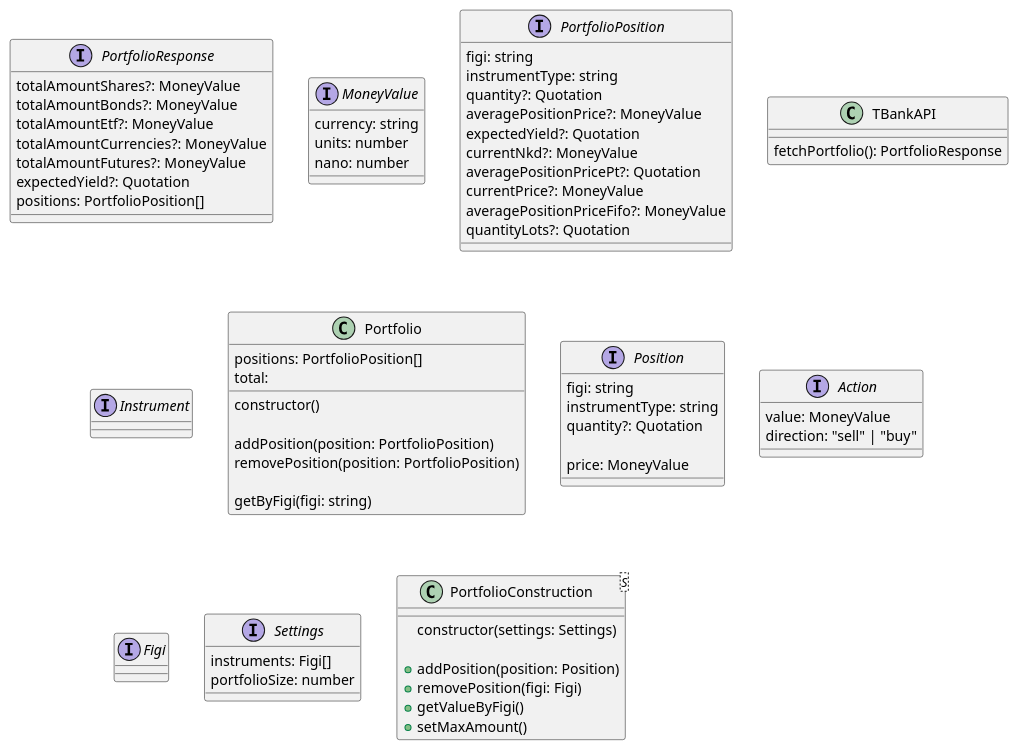
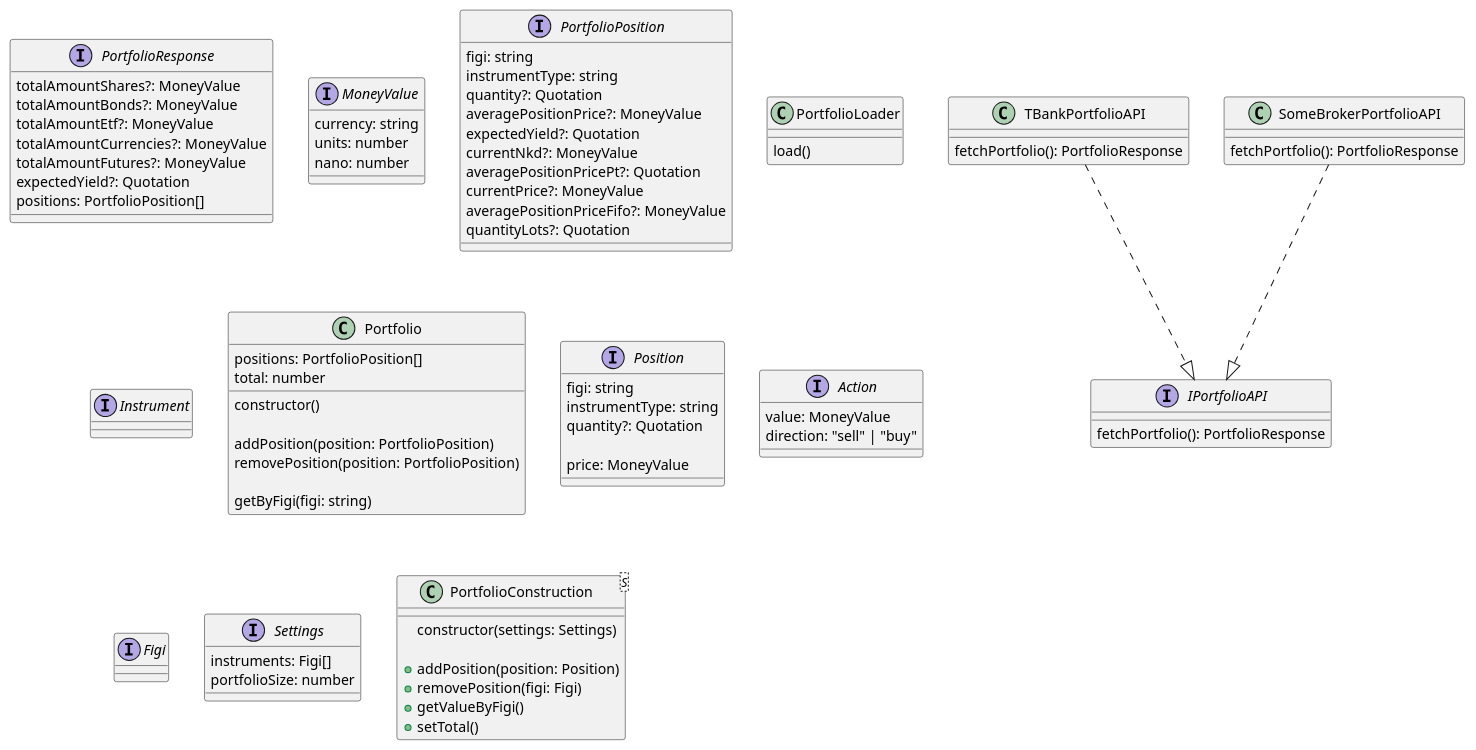
Before and after one commit to Newbie-Alfi/ARobot: the diagram in docs/portfolio.pu, drawn with PlantUML. The commit also changed 5 other files, not shown here.

Commit message:
doc: Добавлены диаграммы

```diff
--- a/docs/portfolio.pu
+++ b/docs/portfolio.pu
@@ -1,117 +1,136 @@
 @startuml PortfolioConstructor
 
 interface PortfolioResponse {
   ' Общая стоимость акций в портфеле в рублях.'
   totalAmountShares?: MoneyValue
   ' Общая стоимость облигаций в портфеле в рублях.'
   totalAmountBonds?: MoneyValue
   ' Общая стоимость фондов в портфеле в рублях.'
   totalAmountEtf?: MoneyValue
   ' Общая стоимость валют в портфеле в рублях.'
   totalAmountCurrencies?: MoneyValue
   ' Общая стоимость фьючерсов в портфеле в рублях.'
   totalAmountFutures?: MoneyValue
   ' Текущая относительная доходность портфеля, в %.'
   expectedYield?: Quotation
   ' Список позиций портфеля.'
   positions: PortfolioPosition[]
 }
 
 ' Денежная сумма в определенной валюте '
 interface MoneyValue {
   ' строковый ISO-код валюты '
   currency: string
   ' целая часть суммы, может быть отрицательным числом '
   units: number
   ' дробная часть суммы, может быть отрицательным числом '
   nano: number
 }
 
 interface PortfolioPosition {
   ' Figi-идентификатора инструмента. '
   figi: string
   ' Тип инструмента. '
   instrumentType: string
   ' Количество инструмента в портфеле в штуках. '
   quantity?: Quotation
   ' Средневзвешенная цена позиции. **Возможна задержка до секунды для пересчёта**. '
   averagePositionPrice?: MoneyValue
   ' Текущая рассчитанная относительная доходность позиции, в %. '
   expectedYield?: Quotation
   ' Текущий НКД. '
   currentNkd?: MoneyValue
   ' Средняя цена лота в позиции в пунктах (для фьючерсов). **Возможна задержка до секунды для пересчёта**. '
   averagePositionPricePt?: Quotation
   ' Текущая цена за 1 инструмент. Для получения стоимости лота требуется умножить на лотность инструмента.. '
   currentPrice?: MoneyValue
   ' Средняя цена лота в позиции по методу FIFO. **Возможна задержка до секунды для пересчёта**. '
   averagePositionPriceFifo?: MoneyValue
   ' Количество лотов в портфеле. '
   quantityLots?: Quotation
 }
 
-class TBankAPI {
+' ___
+
+interface IPortfolioAPI {
   fetchPortfolio(): PortfolioResponse
+}
+
+class TBankPortfolioAPI {
+  fetchPortfolio(): PortfolioResponse
+}
+
+class SomeBrokerPortfolioAPI {
+  fetchPortfolio(): PortfolioResponse
+}
+
+TBankPortfolioAPI ..|> IPortfolioAPI
+SomeBrokerPortfolioAPI ..|> IPortfolioAPI
+
+' ___
+
+class PortfolioLoader {
+  load()
 }
 
 interface Instrument {}
 
 class Portfolio {
   positions: PortfolioPosition[]
-  total: 
+  total: number 
 
   constructor() 
 
   addPosition(position: PortfolioPosition)
   removePosition(position: PortfolioPosition)
 
   getByFigi(figi: string)
 }
 
 interface Position {
 ' Figi-идентификатора инструмента. '
   figi: string
 ' Тип инструмента. '
   instrumentType: string
 ' Количество инструмента в портфеле в штуках. '
   quantity?: Quotation
 
   price: MoneyValue
 }
 
 
 interface Action {
   value: MoneyValue
 ' TODO: Может использовать просто орицательные значения
   direction: "sell" | "buy"
 }
 
 interface Figi {}
 
 interface Settings {
   instruments: Figi[]
   portfolioSize: number
 }
 
 ' Сумма на которую нужно купить инструмент, чтобы он соответствовал ожидаемому портфелю
 class PortfolioConstruction<S> {
   constructor(settings: Settings)
 
 ' Добавляем инструмент в модель построения портфеля. Если инструмента нет в настройках, то
   + addPosition(position: Position)
 ' Убираем инструмент из модели построения портфеля
   + removePosition(figi: Figi)
 ' Получаем максимально доступное количество размера позиции
   + getValueByFigi()
 ' Задать количество средств для равномерного распределения между инструментами
-  + setMaxAmount()
+  + setTotal()
 }
 
 ' Сделать модель построения которая позволит чтобы все инструменты находились +- на одном уровне по общему объему
 
 ' PortfolioConstruction --> Position
 ' PortfolioConstruction --> Settings
 ' Settings --> Figi
 
 
 @enduml
```
